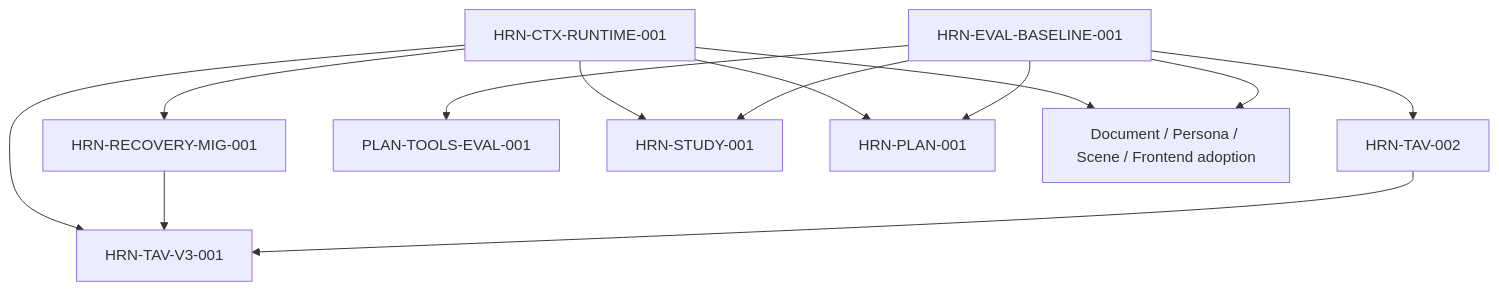
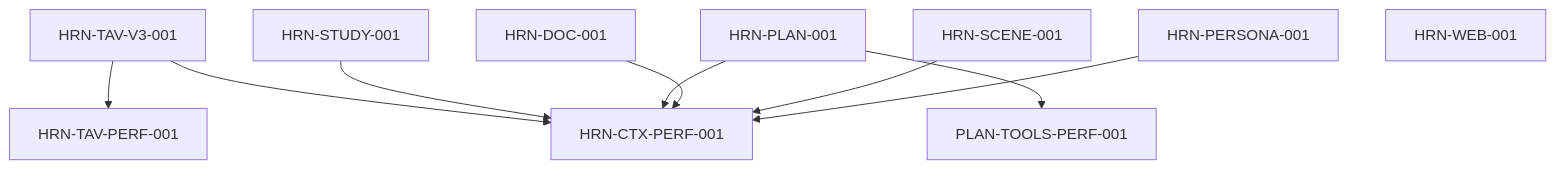
One commit to FrightenedFoxCN/vibe-learner changed the diagram in docs/harness-roadmap.md. Above: the diagram before and after it, drawn with Mermaid. The commit also changed other lines of this file and 36 other files, not shown here.

````diff
--- a/docs/harness-roadmap.md
+++ b/docs/harness-roadmap.md
@@ -90,16 +95,16 @@
 ```mermaid
 flowchart TD
-    RT[HRN-CTX-RUNTIME-001] --> RM[HRN-RECOVERY-MIG-001]
-    EB[HRN-EVAL-BASELINE-001] --> TAV_EVAL[HRN-TAV-002]
-    EB --> PLAN_TOOL[PLAN-TOOLS-EVAL-001]
-
-    RT --> TAV3[HRN-TAV-V3-001]
-    RM --> TAV3
-    TAV_EVAL --> TAV3
-    RT --> STUDY[HRN-STUDY-001]
-    EB --> STUDY
-    RT --> PLAN[HRN-PLAN-001]
-    EB --> PLAN
-    RT --> OTHER[Document / Persona / Scene / Frontend adoption]
-    EB --> OTHER
+    TAV3[HRN-TAV-V3-001] --> TAV_PERF[HRN-TAV-PERF-001]
+    STUDY[HRN-STUDY-001]
+    PLAN[HRN-PLAN-001] --> PLAN_PERF[PLAN-TOOLS-PERF-001]
+    DOC[HRN-DOC-001]
+    SCENE[HRN-SCENE-001]
+    PERSONA[HRN-PERSONA-001]
+    WEB[HRN-WEB-001]
+    TAV3 --> CTX_PERF[HRN-CTX-PERF-001]
+    STUDY --> CTX_PERF
+    PLAN --> CTX_PERF
+    DOC --> CTX_PERF
+    SCENE --> CTX_PERF
+    PERSONA --> CTX_PERF
 ```
````
